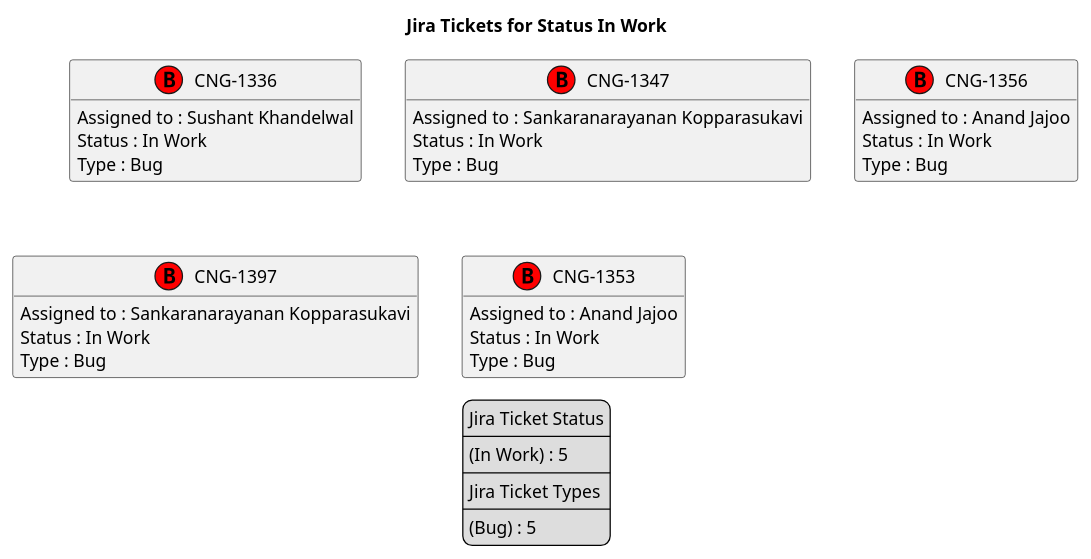
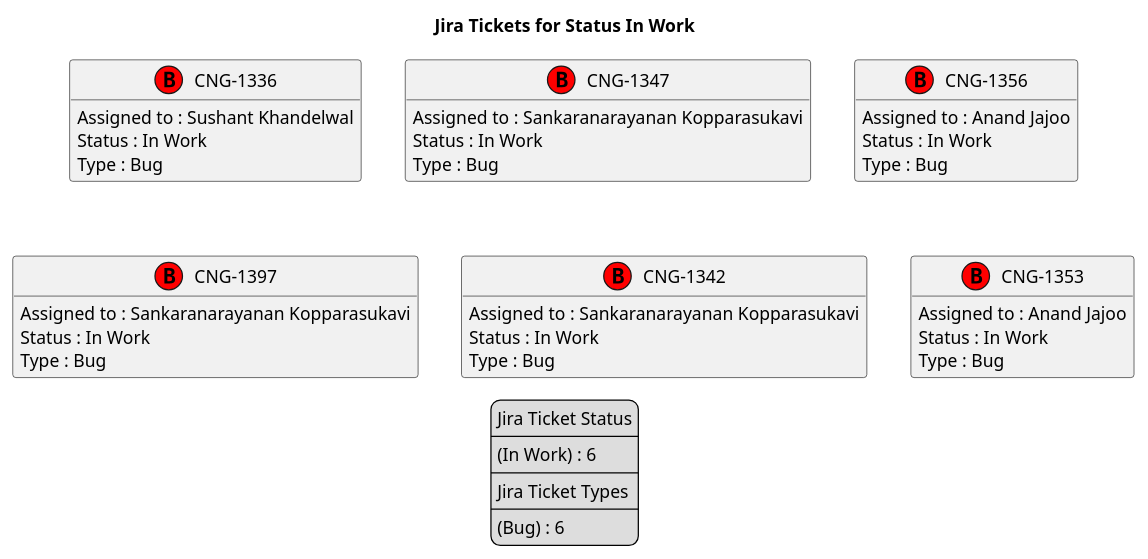
One commit to brunasti/jiraplotter changed the diagram in temp/jira-Status-In_Work.puml. Above: the diagram before and after it, drawn with PlantUML. The commit also changed 175 other files, not shown here.

Commit message:
Regenerates all diagrams

```diff
--- a/temp/jira-Status-In_Work.puml
+++ b/temp/jira-Status-In_Work.puml
@@ -1,57 +1,63 @@
 @startuml
 'https://plantuml.com/class-diagram
 
 ' GENERATE CLASS DIAGRAM ===========
-' Generated at    : Thu Apr 18 11:01:10 CEST 2024
+' Generated at    : Thu Apr 18 11:50:48 CEST 2024
 
 title Jira Tickets for Status In Work
 hide empty members
 
 legend
 Jira Ticket Status
 ----
-(In Work) : 5
+(In Work) : 6
 ----
 Jira Ticket Types
 ----
-(Bug) : 5
+(Bug) : 6
 end legend
 
 
 ' Tickets =======
 class "CNG-1336" << (B,red) >> {
   Assigned to : Sushant Khandelwal
   Status : In Work
   Type : Bug
 }
 
 class "CNG-1347" << (B,red) >> {
   Assigned to : Sankaranarayanan Kopparasukavi
   Status : In Work
   Type : Bug
 }
 
 class "CNG-1356" << (B,red) >> {
   Assigned to : Anand Jajoo
   Status : In Work
   Type : Bug
 }
 
 class "CNG-1397" << (B,red) >> {
   Assigned to : Sankaranarayanan Kopparasukavi
   Status : In Work
   Type : Bug
 }
 
+class "CNG-1342" << (B,red) >> {
+  Assigned to : Sankaranarayanan Kopparasukavi
+  Status : In Work
+  Type : Bug
+}
+
 class "CNG-1353" << (B,red) >> {
   Assigned to : Anand Jajoo
   Status : In Work
   Type : Bug
 }
 
 
 
 ' Links =======
 
 
 @enduml
```
